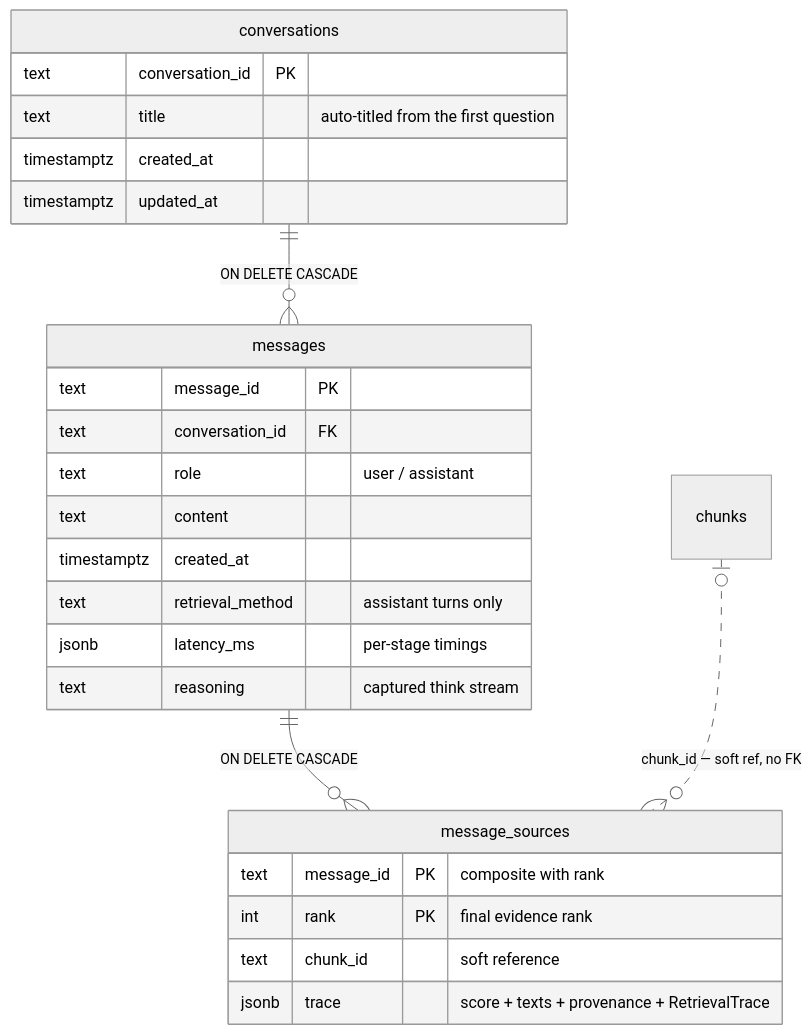
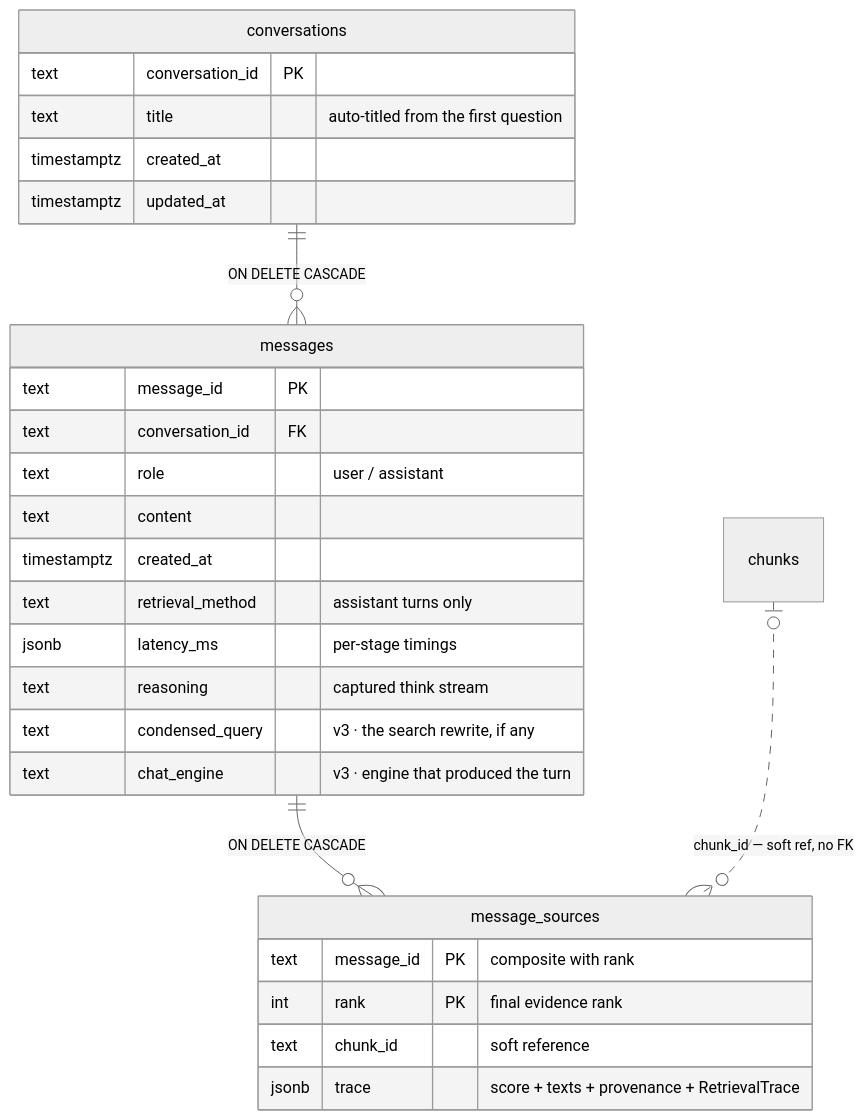
The second of 3 diagrams in golden-docs/data-model.md (luisegarduno/varagity), drawn with Mermaid (neutral theme) before and after one commit. The commit also changed other lines of this file and 15 other files, not shown here.

````diff
--- a/golden-docs/data-model.md
+++ b/golden-docs/data-model.md
@@ -274,28 +285,30 @@
 ```mermaid
 erDiagram
     conversations ||--o{ messages : "ON DELETE CASCADE"
     messages ||--o{ message_sources : "ON DELETE CASCADE"
     chunks |o..o{ message_sources : "chunk_id — soft ref, no FK"
     conversations {
         text conversation_id PK
         text title "auto-titled from the first question"
         timestamptz created_at
         timestamptz updated_at
     }
     messages {
         text message_id PK
         text conversation_id FK
         text role "user / assistant"
         text content
         timestamptz created_at
         text retrieval_method "assistant turns only"
         jsonb latency_ms "per-stage timings"
         text reasoning "captured think stream"
+        text condensed_query "v3 · the search rewrite, if any"
+        text chat_engine "v3 · engine that produced the turn"
     }
     message_sources {
         text message_id PK "composite with rank"
         int rank PK "final evidence rank"
         text chunk_id "soft reference"
         jsonb trace "score + texts + provenance + RetrievalTrace"
     }
 ```
````
